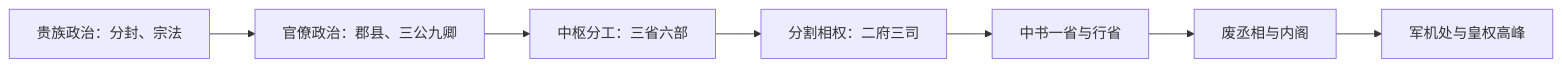
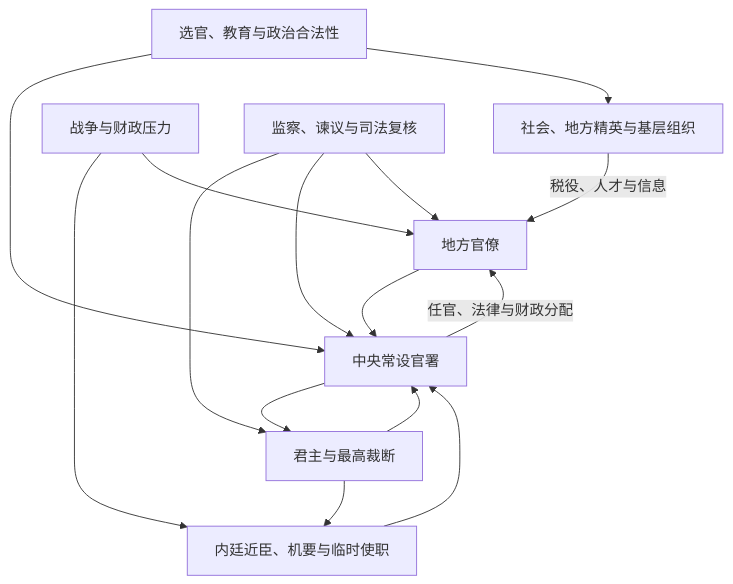
The diagram in 人文科学/历史/东亚/中国/_制度/政治制度/README.md (tianlan-dev/learning-notes), drawn with Mermaid before and after one commit. The commit also changed other lines of this file and 1417 other files, not shown here.

````diff
--- a/人文科学/历史/东亚/中国/_制度/政治制度/README.md
+++ b/人文科学/历史/东亚/中国/_制度/政治制度/README.md
@@ -17,9 +29,17 @@
 ```mermaid
-flowchart LR
-    A["贵族政治：分封、宗法"] --> B["官僚政治：郡县、三公九卿"]
-    B --> C["中枢分工：三省六部"]
-    C --> D["分割相权：二府三司"]
-    D --> E["中书一省与行省"]
-    E --> F["废丞相与内阁"]
-    F --> G["军机处与皇权高峰"]
+flowchart TD
+    S["社会、地方精英与基层组织"] -->|税役、人才与信息| L["地方官僚"]
+    L --> C["中央常设官署"]
+    C --> E["君主与最高裁断"]
+    E --> C
+    E --> I["内廷近臣、机要与临时使职"]
+    I --> C
+    C -->|任官、法律与财政分配| L
+    M["战争与财政压力"] --> I
+    M --> L
+    R["选官、教育与政治合法性"] --> C
+    R --> S
+    A["监察、谏议与司法复核"] --> E
+    A --> C
+    A --> L
 ```
````
